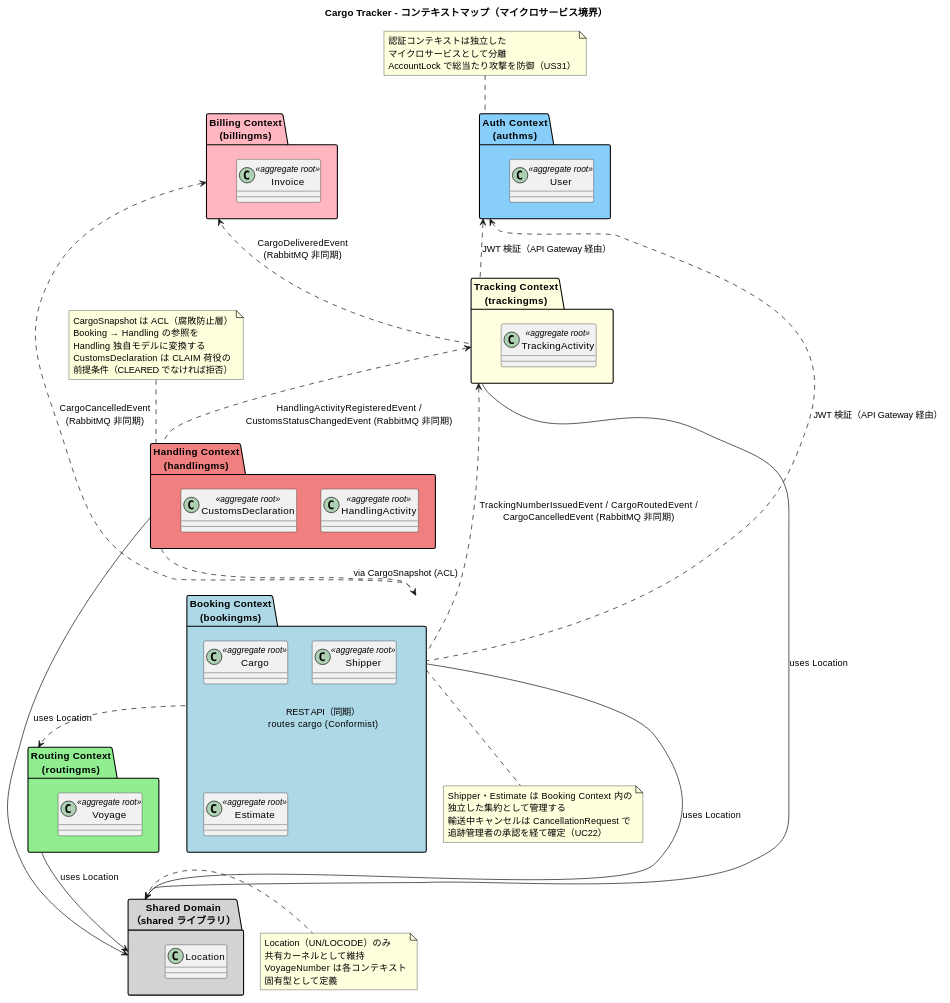
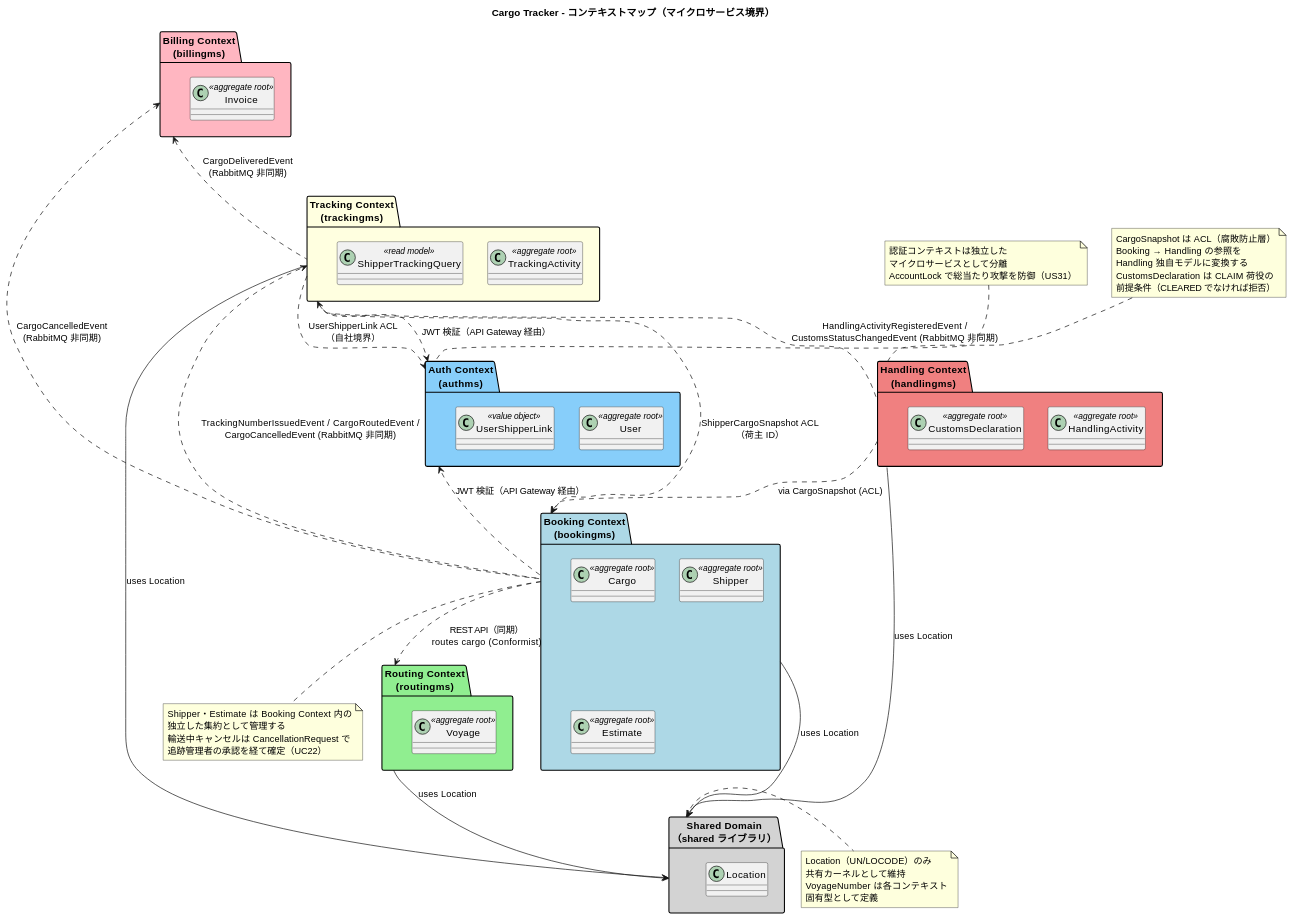
One commit to k2works/case-study-cargo-tracker changed the second of 10 diagrams in docs/design/domain-model.md. Above: the diagram before and after it, drawn with PlantUML. The commit also changed other lines of this file and 2 other files, not shown here.

```diff
--- a/docs/design/domain-model.md
+++ b/docs/design/domain-model.md
@@ -121,6 +123,7 @@
 
 package "Auth Context\n(authms)" as auth #LightSkyBlue {
   class User <<aggregate root>>
+  class UserShipperLink <<value object>>
 }
 
 package "Booking Context\n(bookingms)" as booking #lightblue {
@@ -135,6 +138,7 @@
 
 package "Tracking Context\n(trackingms)" as tracking #lightyellow {
   class TrackingActivity <<aggregate root>>
+  class ShipperTrackingQuery <<read model>>
 }
 
 package "Handling Context\n(handlingms)" as handling #lightcoral {
@@ -157,6 +161,8 @@
 
 auth <.. booking : JWT 検証（API Gateway 経由）
 auth <.. tracking : JWT 検証（API Gateway 経由）
+tracking ..> auth : UserShipperLink ACL\n（自社境界）
+tracking ..> booking : ShipperCargoSnapshot ACL\n（荷主 ID）
 booking ..> routing : REST API（同期）\nroutes cargo (Conformist)
 handling ..> booking : via CargoSnapshot (ACL)
 tracking <.. booking : TrackingNumberIssuedEvent / CargoRoutedEvent /\nCargoCancelledEvent (RabbitMQ 非同期)
```
